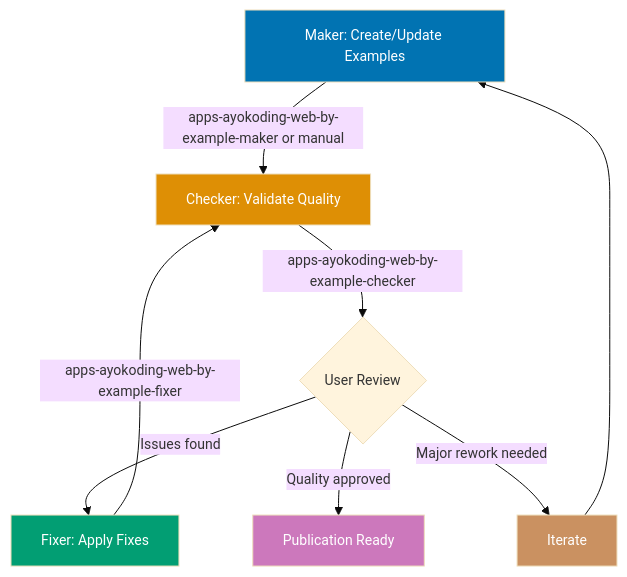
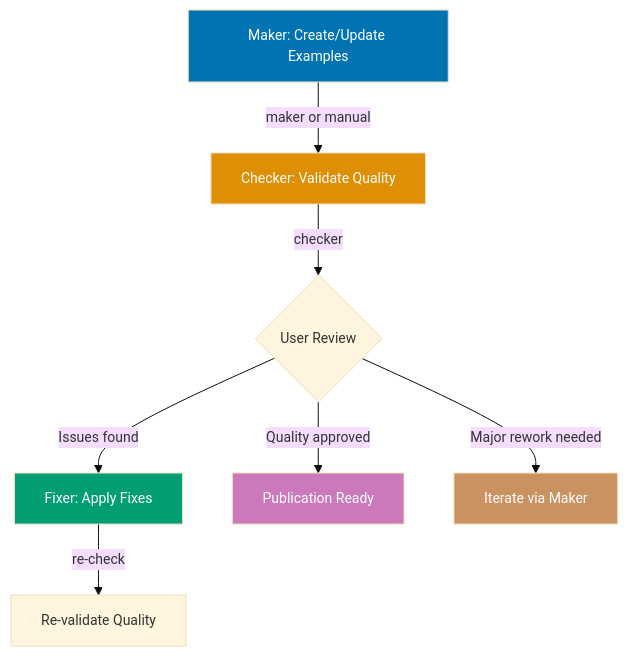
Before and after one commit to wahidyankf/open-sharia-enterprise: the first of 3 diagrams in governance/workflows/ayokoding-web/ayokoding-web-by-example-quality-gate.md, drawn with Mermaid. The commit also changed 15 other files, not shown here.

First line of the commit message:
fix(governance): fix pre-existing mermaid diagram violations in governance docs

````diff
--- a/governance/workflows/ayokoding-web/ayokoding-web-by-example-quality-gate.md
+++ b/governance/workflows/ayokoding-web/ayokoding-web-by-example-quality-gate.md
@@ -118,24 +118,16 @@
 ```mermaid
 %%{init: {'theme':'base', 'themeVariables': { 'fontSize':'14px'}}}%%
 graph TB
-    A[Maker: Create/Update Examples]
-    B[Checker: Validate Quality]
-    C{User Review}
-    D[Fixer: Apply Fixes]
-    E[Publication Ready]
-    F[Iterate]
-
-    A -->|apps-ayokoding-web-by-example-maker or manual| B
-    B -->|apps-ayokoding-web-by-example-checker| C
-    C -->|Issues found| D
-    D -->|apps-ayokoding-web-by-example-fixer| B
-    C -->|Quality approved| E
-    C -->|Major rework needed| F
-    F --> A
+    A[Maker: Create/Update Examples] -- maker or manual --> B[Checker: Validate Quality]
+    B -- checker --> C{User Review}
+    C -- Issues found --> D[Fixer: Apply Fixes]
+    D -- re-check --> E[Re-validate Quality]
+    C -- Quality approved --> F[Publication Ready]
+    C -- Major rework needed --> G[Iterate via Maker]
 
     style A fill:#0173B2,color:#fff
     style B fill:#DE8F05,color:#fff
     style D fill:#029E73,color:#fff
-    style E fill:#CC78BC,color:#fff
-    style F fill:#CA9161,color:#fff
+    style F fill:#CC78BC,color:#fff
+    style G fill:#CA9161,color:#fff
 ```
````
